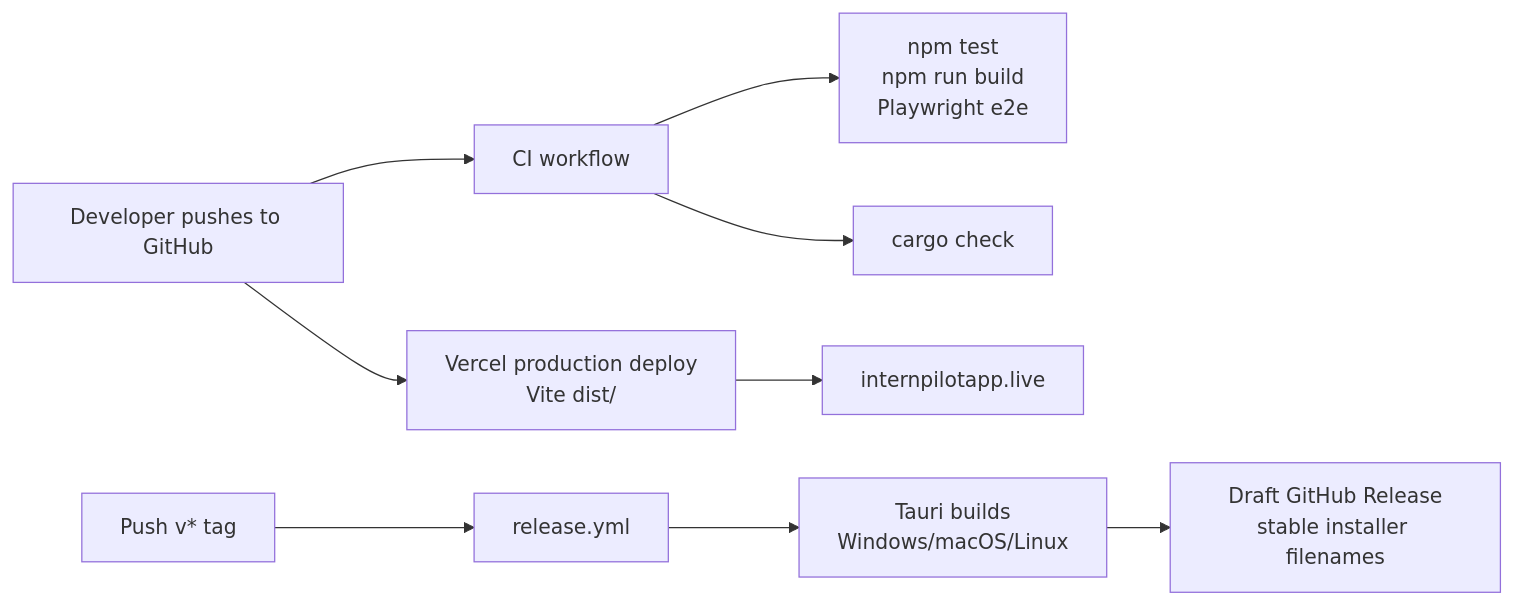
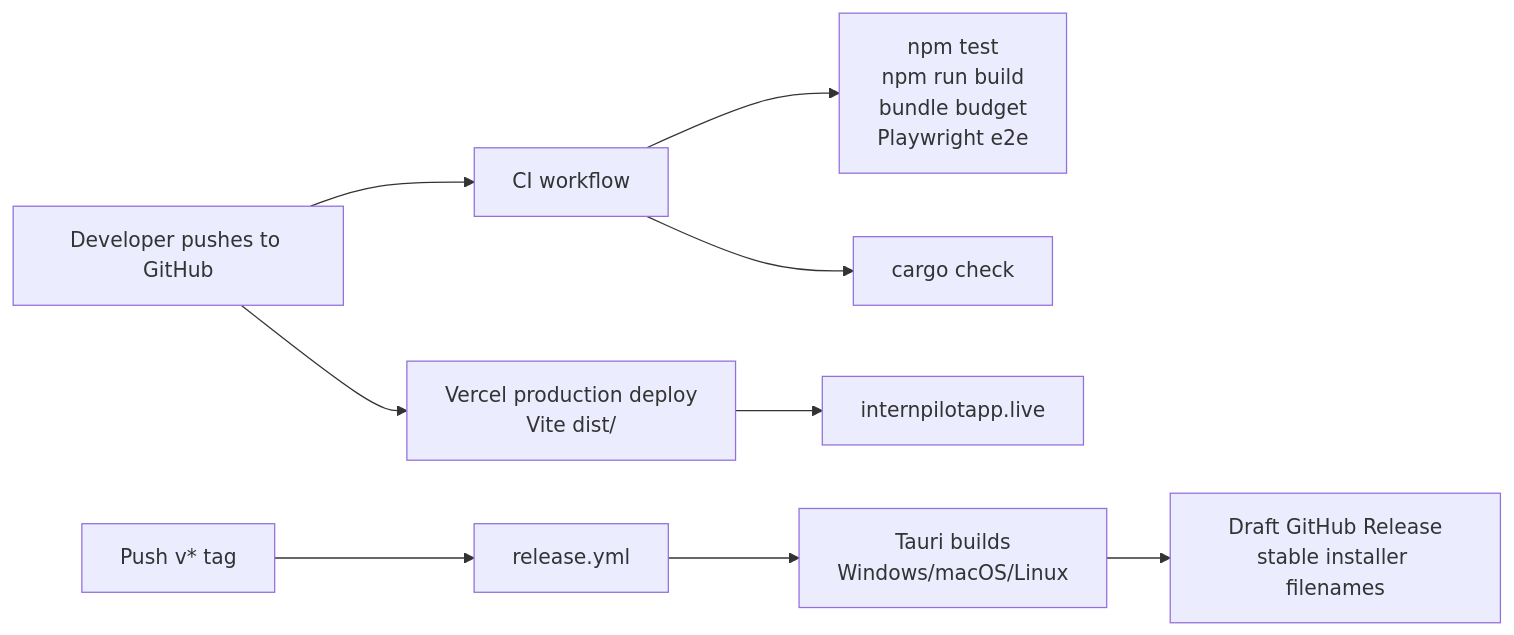
The ninth of 10 diagrams in docs/ARCHITECTURE.md (Isaac3176/InternPilot), drawn with Mermaid before and after one commit. The commit also changed other lines of this file and 3 other files, not shown here.

````diff
--- a/docs/ARCHITECTURE.md
+++ b/docs/ARCHITECTURE.md
@@ -315,13 +315,13 @@
 ```mermaid
 flowchart LR
   dev[Developer pushes to GitHub] --> ci[CI workflow]
-  ci --> tests[npm test<br/>npm run build<br/>Playwright e2e]
+  ci --> tests[npm test<br/>npm run build<br/>bundle budget<br/>Playwright e2e]
   ci --> rust[cargo check]
 
   dev --> vercel[Vercel production deploy<br/>Vite dist/]
   vercel --> domain[internpilotapp.live]
 
   tag[Push v* tag] --> release[release.yml]
   release --> tauri[Tauri builds<br/>Windows/macOS/Linux]
   tauri --> gh[Draft GitHub Release<br/>stable installer filenames]
 ```
````
